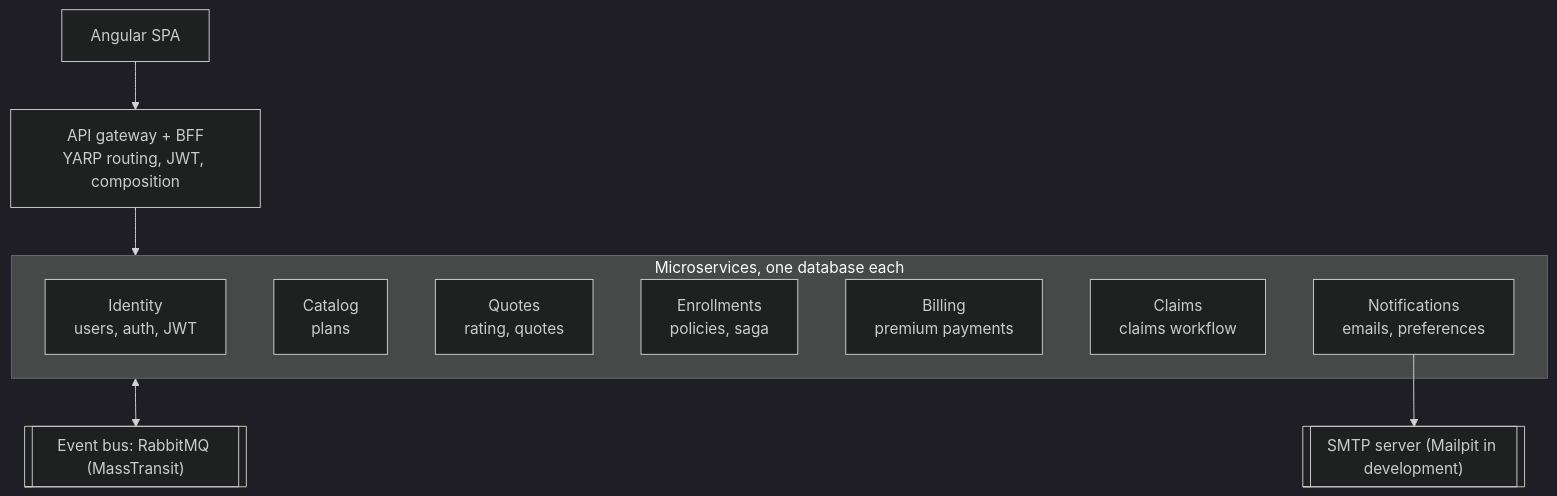
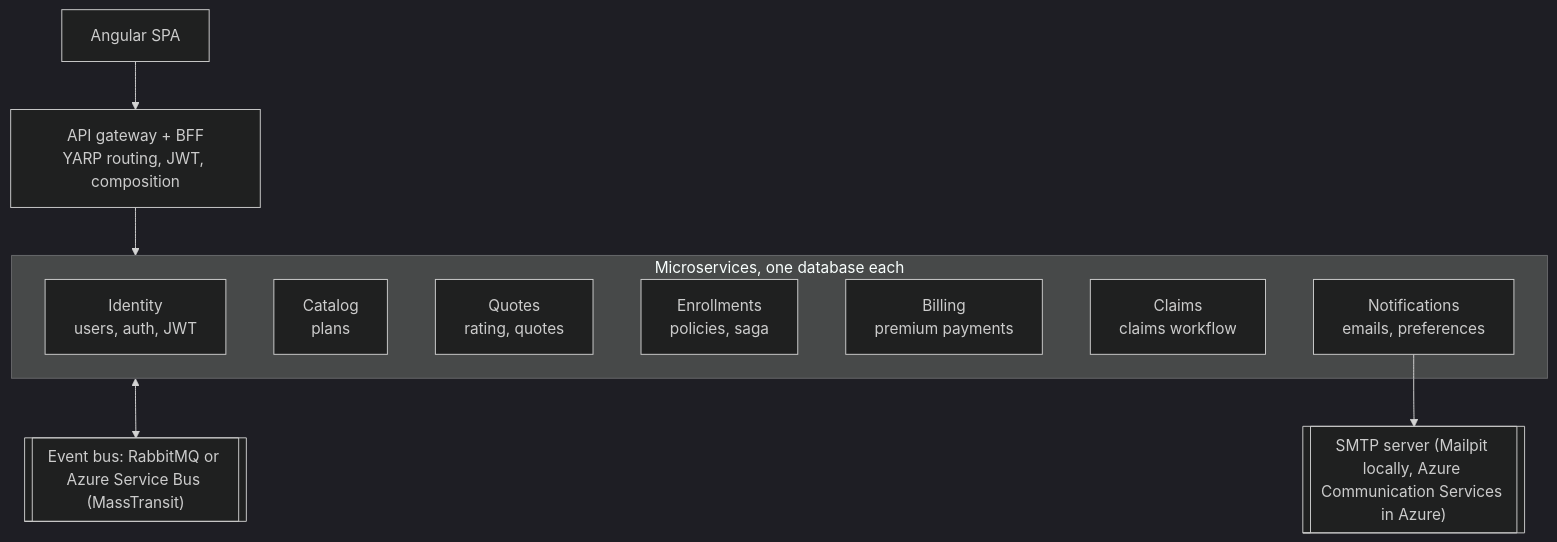
The second of 13 diagrams in docs/ARCHITECTURE.md (organizedanvrchy/Insurance-Full-Stack-App-MSA), drawn with Mermaid (dark theme) before and after one commit. The commit also changed other lines of this file and 9 other files, not shown here.

First line of the commit message:
Update architecture documentation and images

````diff
--- a/docs/ARCHITECTURE.md
+++ b/docs/ARCHITECTURE.md
@@ -57,16 +59,16 @@
 ```mermaid
 flowchart TD
     SPA["Angular SPA"] --> GW["API gateway + BFF<br/>YARP routing, JWT, composition"]
     subgraph Services["Microservices, one database each"]
         ID["Identity<br/>users, auth, JWT"]
         CA["Catalog<br/>plans"]
         QU["Quotes<br/>rating, quotes"]
         EN["Enrollments<br/>policies, saga"]
         BI["Billing<br/>premium payments"]
         CL["Claims<br/>claims workflow"]
         NO["Notifications<br/>emails, preferences"]
     end
     GW --> Services
-    Services <--> BUS[["Event bus: RabbitMQ (MassTransit)"]]
-    NO --> SMTP[["SMTP server (Mailpit in development)"]]
+    Services <--> BUS[["Event bus: RabbitMQ or Azure Service Bus (MassTransit)"]]
+    NO --> SMTP[["SMTP server (Mailpit locally, Azure Communication Services in Azure)"]]
 ```
````
